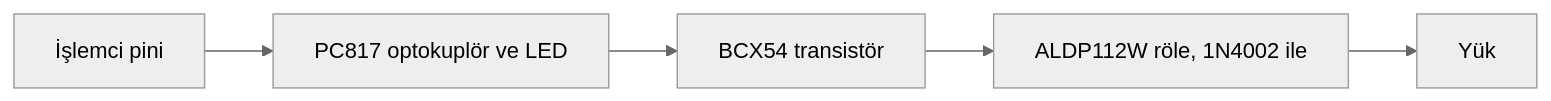
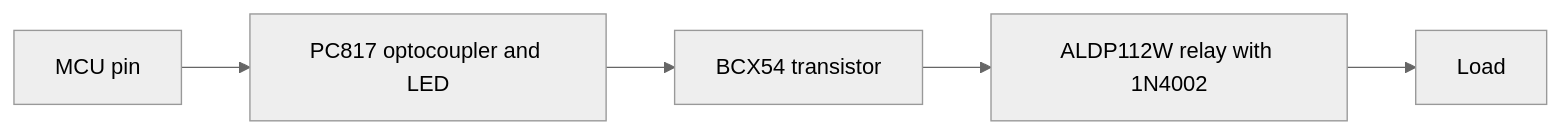
The sixth of 6 diagrams in README.md (meyubcan/stm32-4s-bms-home-automation), drawn with Mermaid (neutral theme) before and after one commit. The commit also changed other lines of this file and 1 other file, not shown here.

````diff
--- a/README.md
+++ b/README.md
@@ -150,4 +166,4 @@
 ```mermaid
 flowchart LR
-    P[İşlemci pini] --> OK[PC817 optokuplör ve LED] --> T[BCX54 transistör] --> K[ALDP112W röle, 1N4002 ile] --> Y[Yük]
+    P[MCU pin] --> OK[PC817 optocoupler and LED] --> T[BCX54 transistor] --> K[ALDP112W relay with 1N4002] --> Y[Load]
 ```
````
